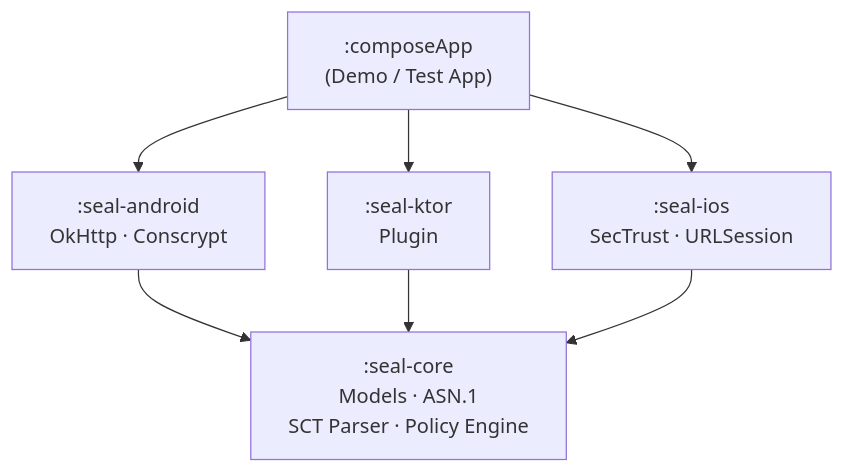
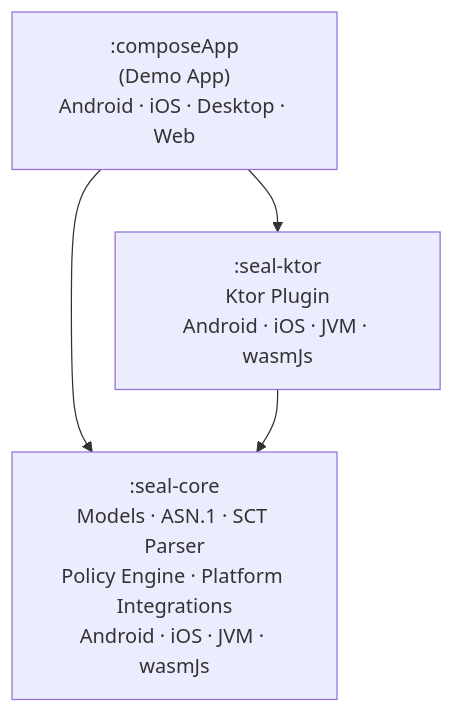
Before and after one commit to jermeyyy/seal: the diagram in README.md, drawn with Mermaid. The commit also changed other lines of this file and 73 other files, not shown here.

Commit message:
Add support for web (wasm) and desktop (jvm) targets.

````diff
--- a/README.md
+++ b/README.md
@@ -52,15 +54,10 @@
 ```mermaid
 graph TD
-    composeApp[":composeApp<br>(Demo / Test App)"]
-    android[":seal-android<br>OkHttp · Conscrypt"]
-    ktor[":seal-ktor<br>Plugin"]
-    ios[":seal-ios<br>SecTrust · URLSession"]
-    core[":seal-core<br>Models · ASN.1<br>SCT Parser · Policy Engine"]
+    composeApp[":composeApp<br>(Demo App)<br>Android · iOS · Desktop · Web"]
+    ktor[":seal-ktor<br>Ktor Plugin<br>Android · iOS · JVM · wasmJs"]
+    core[":seal-core<br>Models · ASN.1 · SCT Parser<br>Policy Engine · Platform Integrations<br>Android · iOS · JVM · wasmJs"]
 
-    composeApp --> android
     composeApp --> ktor
-    composeApp --> ios
-    android --> core
+    composeApp --> core
     ktor --> core
-    ios --> core
 ```
````
